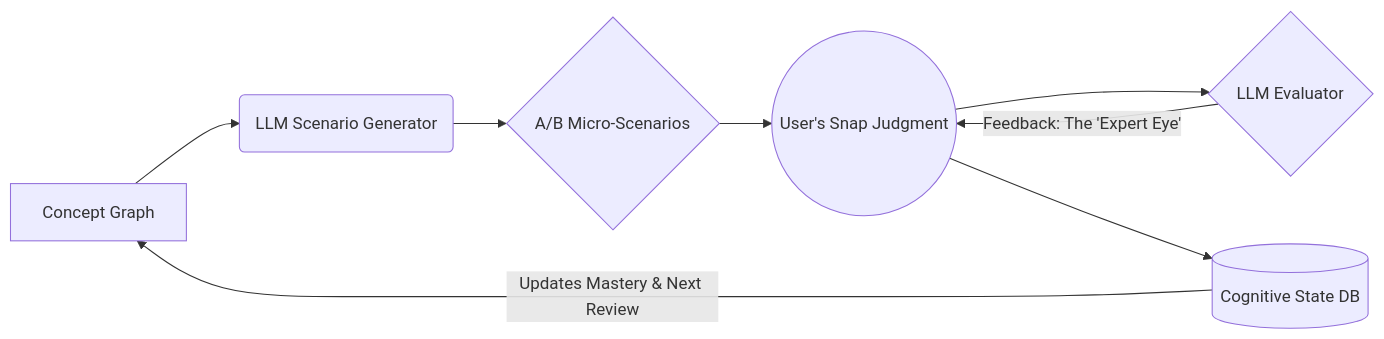
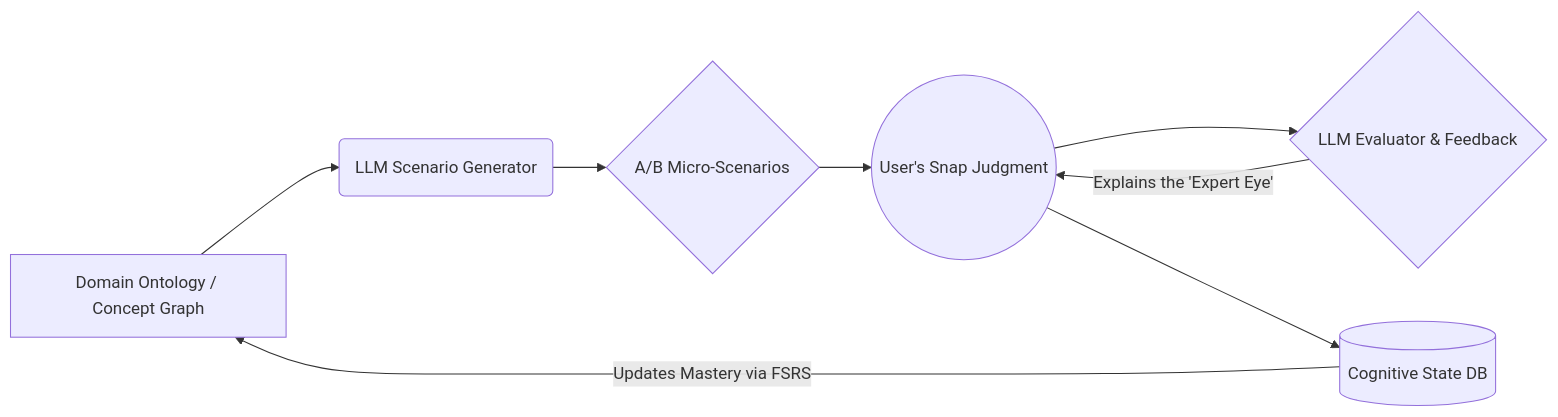
One commit to nakamura26002002921-a11y/Kankaku changed the diagram in README.md. Above: the diagram before and after it, drawn with Mermaid. The commit also changed other lines of this file, not shown here.

````diff
--- a/README.md
+++ b/README.md
@@ -31,10 +47,10 @@
 ```mermaid
 graph LR
-    A[Concept Graph] --> B(LLM Scenario Generator)
+    A[Domain Ontology / Concept Graph] --> B(LLM Scenario Generator)
     B --> C{A/B Micro-Scenarios}
     C --> D((User's Snap Judgment))
-    D --> E{LLM Evaluator}
-    E -->|Feedback: The 'Expert Eye'| D
+    D --> E{LLM Evaluator & Feedback}
+    E -->|Explains the 'Expert Eye'| D
     D --> F[(Cognitive State DB)]
-    F -->|Updates Mastery & Next Review| A
+    F -->|Updates Mastery via FSRS| A
 ```
````
